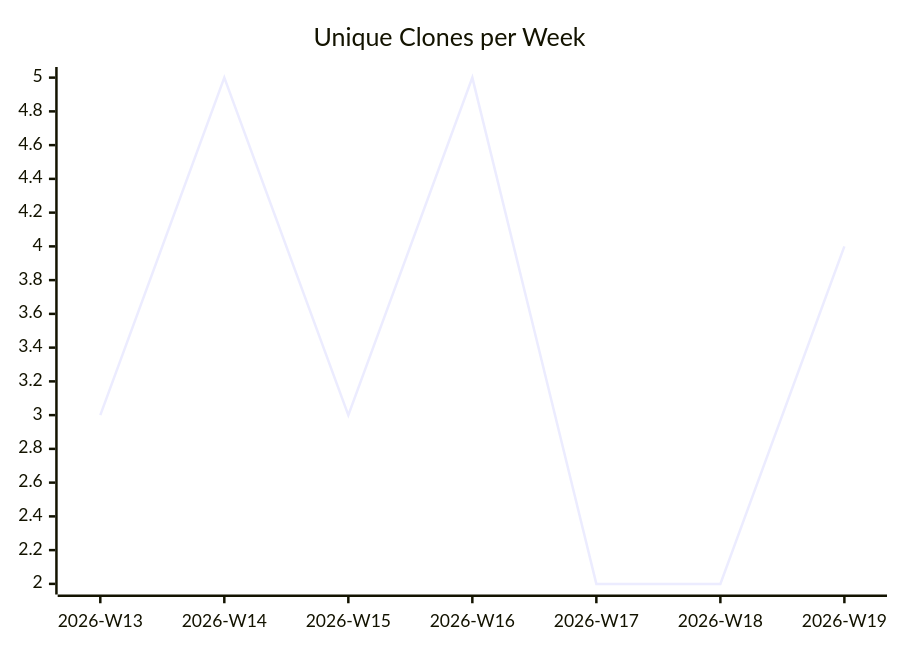
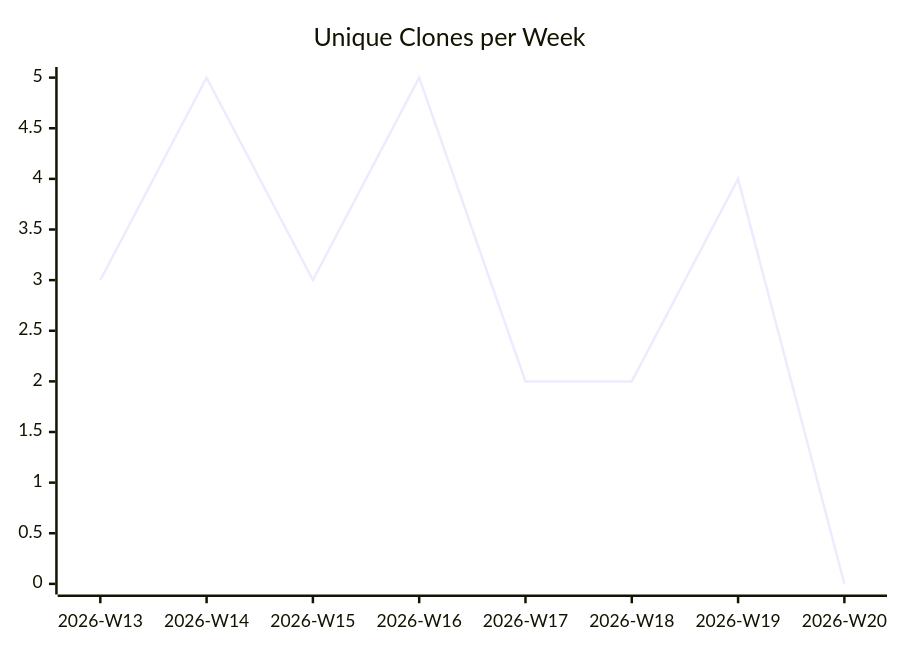
Before and after one commit to justdavis-family/github-analytics-data: the third of 3 diagrams in karlmdavis/ansible-role-bind-dns/README.md, drawn with Mermaid. The commit also changed other lines of this file and 190 other files, not shown here.

````diff
--- a/karlmdavis/ansible-role-bind-dns/README.md
+++ b/karlmdavis/ansible-role-bind-dns/README.md
@@ -19,6 +19,6 @@
 ```mermaid
 xychart-beta
   title "Unique Clones per Week"
-  x-axis ["2026-W13", "2026-W14", "2026-W15", "2026-W16", "2026-W17", "2026-W18", "2026-W19"]
-  line [3, 5, 3, 5, 2, 2, 4]
+  x-axis ["2026-W13", "2026-W14", "2026-W15", "2026-W16", "2026-W17", "2026-W18", "2026-W19", "2026-W20"]
+  line [3, 5, 3, 5, 2, 2, 4, 0]
 ```
````
